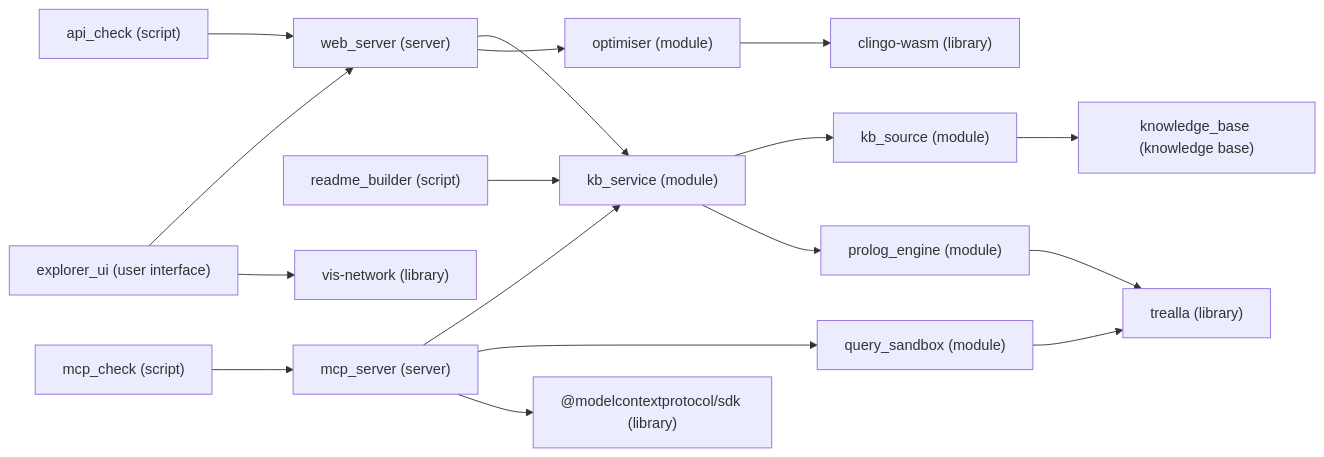
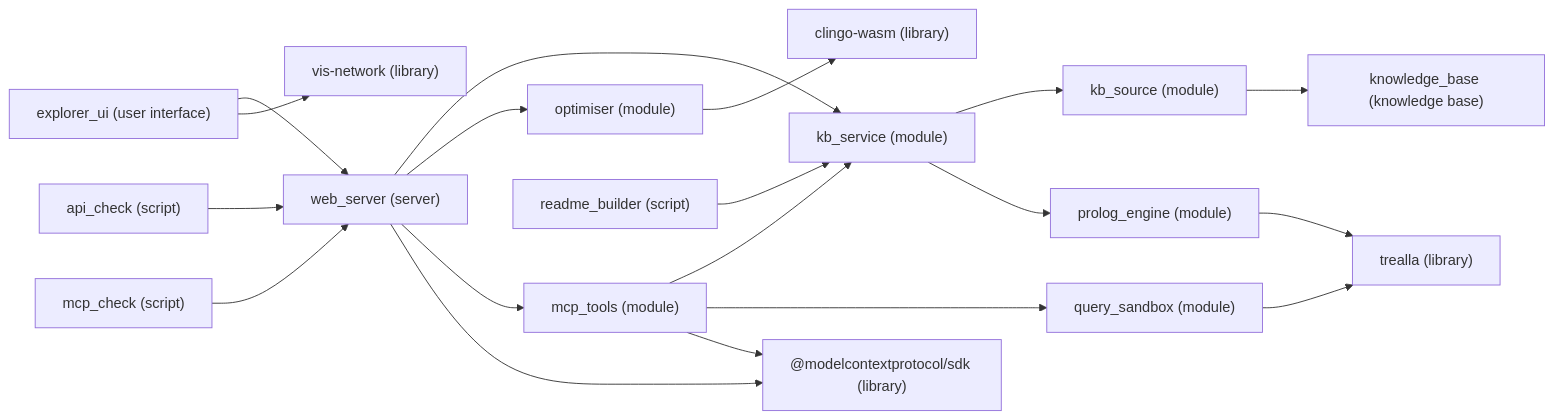
One commit to liquidityhouse/onboarding changed the diagram in README.md. Above: the diagram before and after it, drawn with Mermaid. The commit also changed other lines of this file and 15 other files, not shown here.

First line of the commit message:
feat(mcp): expose knowledge tools over stateless HTTP

````diff
--- a/README.md
+++ b/README.md
@@ -11,35 +11,37 @@
 ```mermaid
 graph LR
   n0["@modelcontextprotocol/sdk (library)"]
   n1["api_check (script)"]
   n2["clingo-wasm (library)"]
   n3["explorer_ui (user interface)"]
   n4["kb_service (module)"]
   n5["kb_source (module)"]
   n6["knowledge_base (knowledge base)"]
   n7["mcp_check (script)"]
-  n8["mcp_server (server)"]
+  n8["mcp_tools (module)"]
   n9["optimiser (module)"]
   n10["prolog_engine (module)"]
   n11["query_sandbox (module)"]
   n12["readme_builder (script)"]
   n13["trealla (library)"]
   n14["vis-network (library)"]
   n15["web_server (server)"]
   n3 --> n15
   n3 --> n14
   n15 --> n4
   n15 --> n9
+  n15 --> n8
+  n15 --> n0
   n8 --> n4
   n8 --> n11
   n8 --> n0
   n4 --> n5
   n4 --> n10
   n5 --> n6
   n10 --> n13
   n11 --> n13
   n9 --> n2
   n12 --> n4
   n1 --> n15
-  n7 --> n8
+  n7 --> n15
 ```
````
